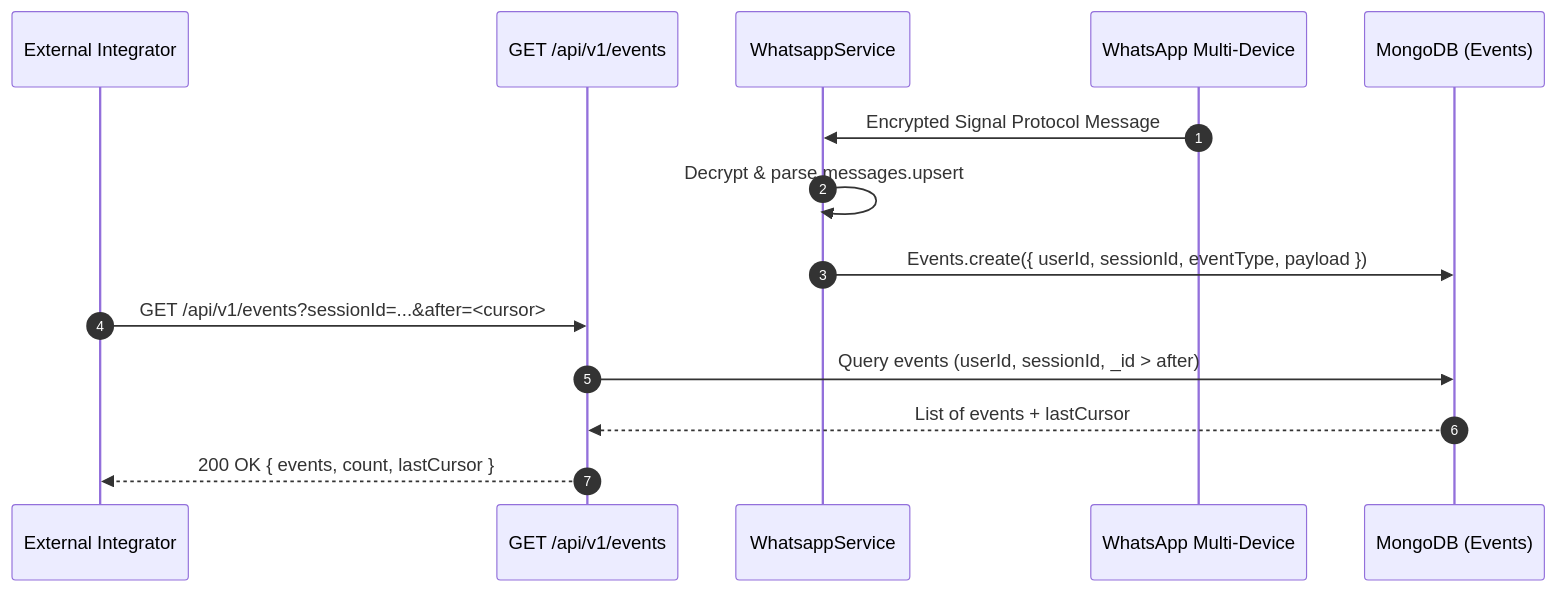
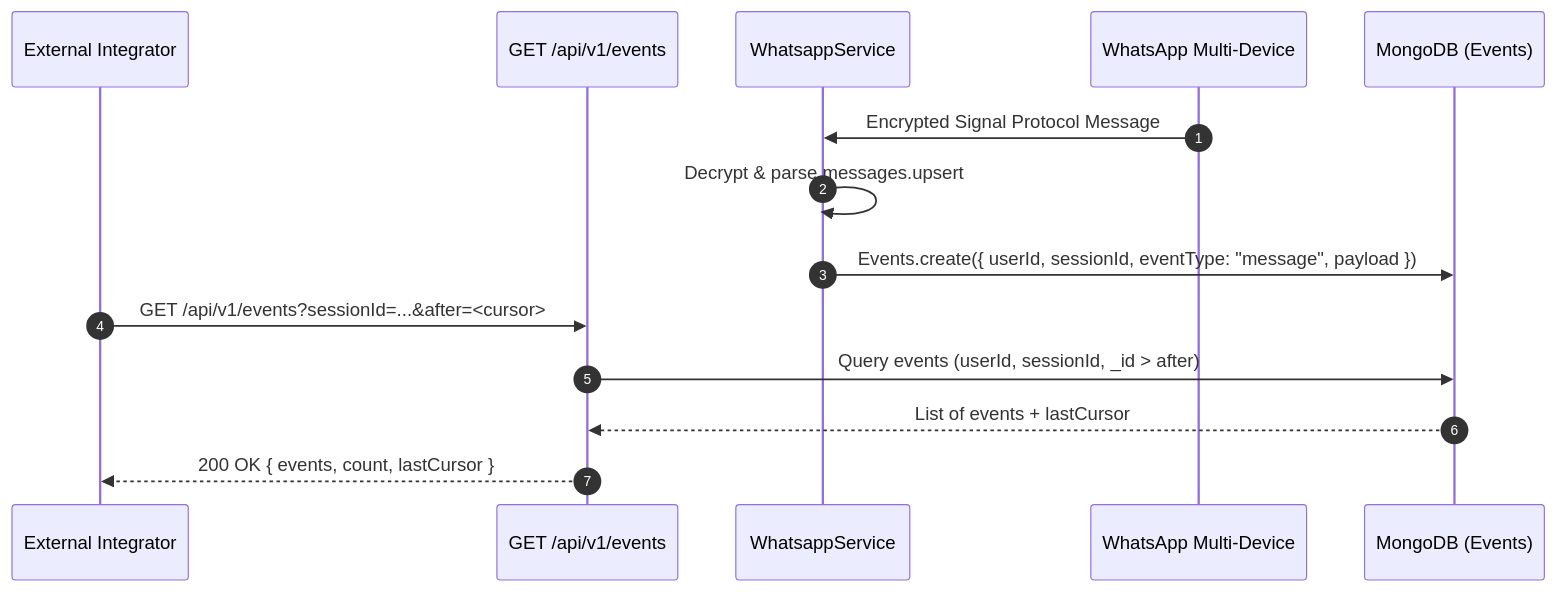
One commit to xml300/whatsapp-server changed the seventh of 8 diagrams in docs/system-architecture.md. Above: the diagram before and after it, drawn with Mermaid. The commit also changed other lines of this file and 5 other files, not shown here.

Commit message:
docs: update architecture, api spec, data models, deployment guide, and openapi spec for actor & outbox engine

````diff
--- a/docs/system-architecture.md
+++ b/docs/system-architecture.md
@@ -152,18 +405,18 @@
 ```mermaid
 sequenceDiagram
     autonumber
     participant App as External Integrator
     participant API as GET /api/v1/events
     participant Svc as WhatsappService
     participant WA as WhatsApp Multi-Device
     participant DB as MongoDB (Events)
 
     WA->>Svc: Encrypted Signal Protocol Message
     Svc->>Svc: Decrypt & parse messages.upsert
-    Svc->>DB: Events.create({ userId, sessionId, eventType, payload })
+    Svc->>DB: Events.create({ userId, sessionId, eventType: "message", payload })
     
     App->>API: GET /api/v1/events?sessionId=...&after=<cursor>
     API->>DB: Query events (userId, sessionId, _id > after)
     DB-->>API: List of events + lastCursor
     API-->>App: 200 OK { events, count, lastCursor }
 ```
````
